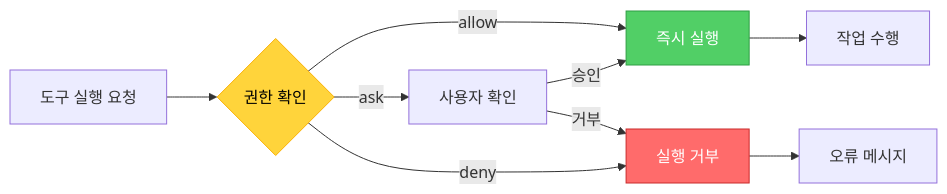
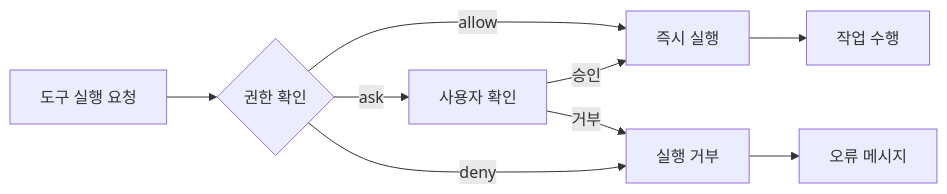
Before and after one commit to modu-ai/moai-adk: the third of 7 diagrams in docs/claude/agents/cc-manager.md, drawn with Mermaid. The commit also changed other lines of this file and 299 other files, not shown here.

First line of the commit message:
🎨 feat: Mermaid 다크/라이트 테마 대응 + trust-checker 통합

````diff
--- a/docs/claude/agents/cc-manager.md
+++ b/docs/claude/agents/cc-manager.md
@@ -185,17 +180,14 @@
 ```mermaid
 graph LR
     A[도구 실행 요청] --> B{권한 확인}
     B -->|allow| C[즉시 실행]
     B -->|ask| D[사용자 확인]
     B -->|deny| E[실행 거부]
 
     D -->|승인| C
     D -->|거부| E
 
     C --> F[작업 수행]
     E --> G[오류 메시지]
 
-    style B fill:#ffd43b,stroke:#fab005,color:#000
-    style C fill:#51cf66,stroke:#2f9e44,color:#fff
-    style E fill:#ff6b6b,stroke:#c92a2a,color:#fff
 ```
````
